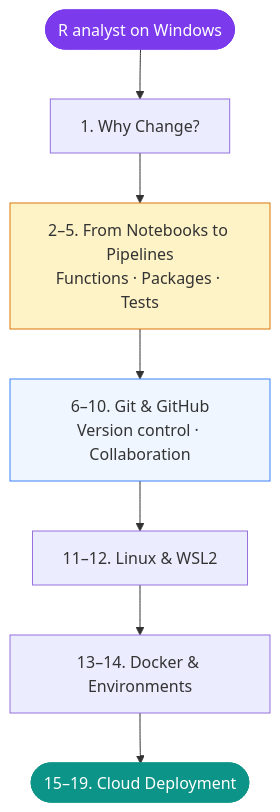
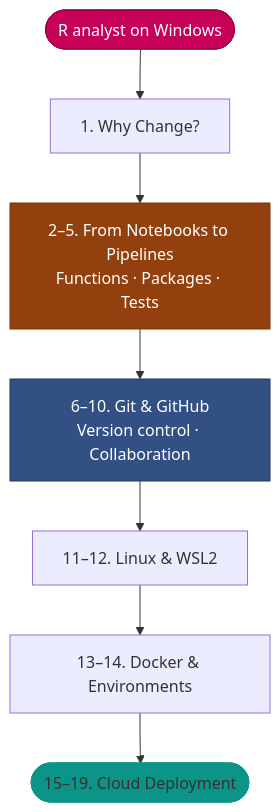
Before and after one commit to Ch3w3y/docker_gcp: the second of 2 diagrams in docs/index.md, drawn with Mermaid. The commit also changed other lines of this file and 11 other files, not shown here.

First line of the commit message:
Fix/mermaid contrast and linebreaks (#17)

````diff
--- a/docs/index.md
+++ b/docs/index.md
@@ -59,17 +59,17 @@
 ```mermaid
 flowchart TD
     START(["R analyst on Windows"])
     A["1. Why Change?"]
     B["2–5. From Notebooks to Pipelines<br/>Functions · Packages · Tests"]
     C["6–10. Git & GitHub<br/>Version control · Collaboration"]
     D["11–12. Linux & WSL2"]
     E["13–14. Docker & Environments"]
     F(["15–19. Cloud Deployment"])
 
     START --> A --> B --> C --> D --> E --> F
 
-    style START fill:#7c3aed,color:#fff,stroke:#7c3aed
-    style B fill:#fef3c7,stroke:#d97706
-    style C fill:#eff6ff,stroke:#3b82f6
-    style F fill:#0d9488,color:#fff,stroke:#0d9488
+    style START fill:#c60158,color:#ffffff,stroke:#9b0146
+    style B fill:#92400e,stroke:#78350f,color:#ffffff
+    style C fill:#325083,stroke:#1e3a5f,color:#ffffff
+    style F fill:#0d9488,color:#fffffffff,stroke:#0d9488
 ```
````
